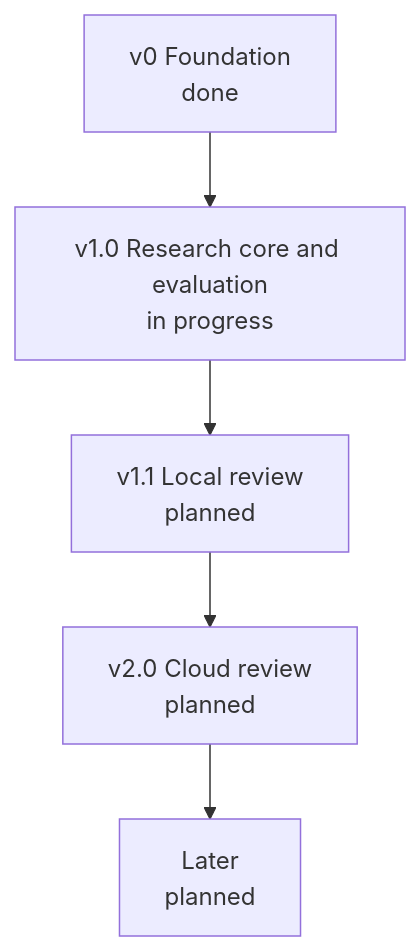
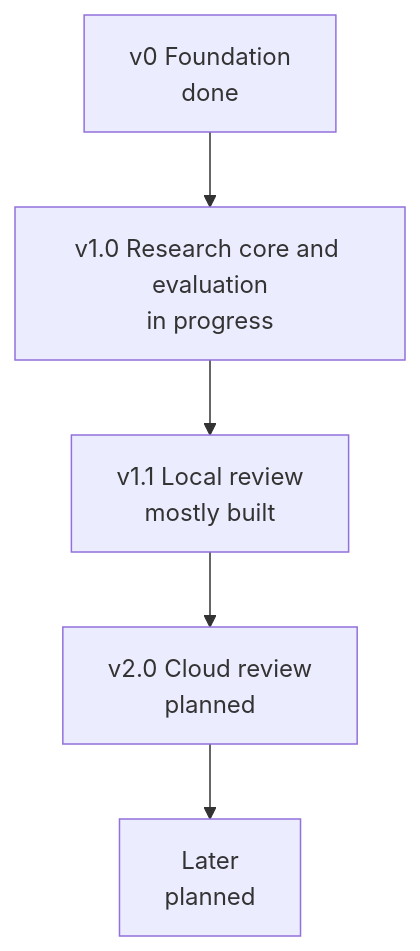
The diagram in docs/ROADMAP.md (Pleasurecruise/eyeful), drawn with Mermaid before and after one commit. The commit also changed other lines of this file and 86 other files, not shown here.

````diff
--- a/docs/ROADMAP.md
+++ b/docs/ROADMAP.md
@@ -11,7 +12,7 @@
 ```mermaid
 flowchart TB
     v0["v0 Foundation<br/>done"] --> v1["v1.0 Research core and evaluation<br/>in progress"]
-    v1 --> v11["v1.1 Local review<br/>planned"]
+    v1 --> v11["v1.1 Local review<br/>mostly built"]
     v11 --> v2["v2.0 Cloud review<br/>planned"]
     v2 --> later["Later<br/>planned"]
 ```
````
